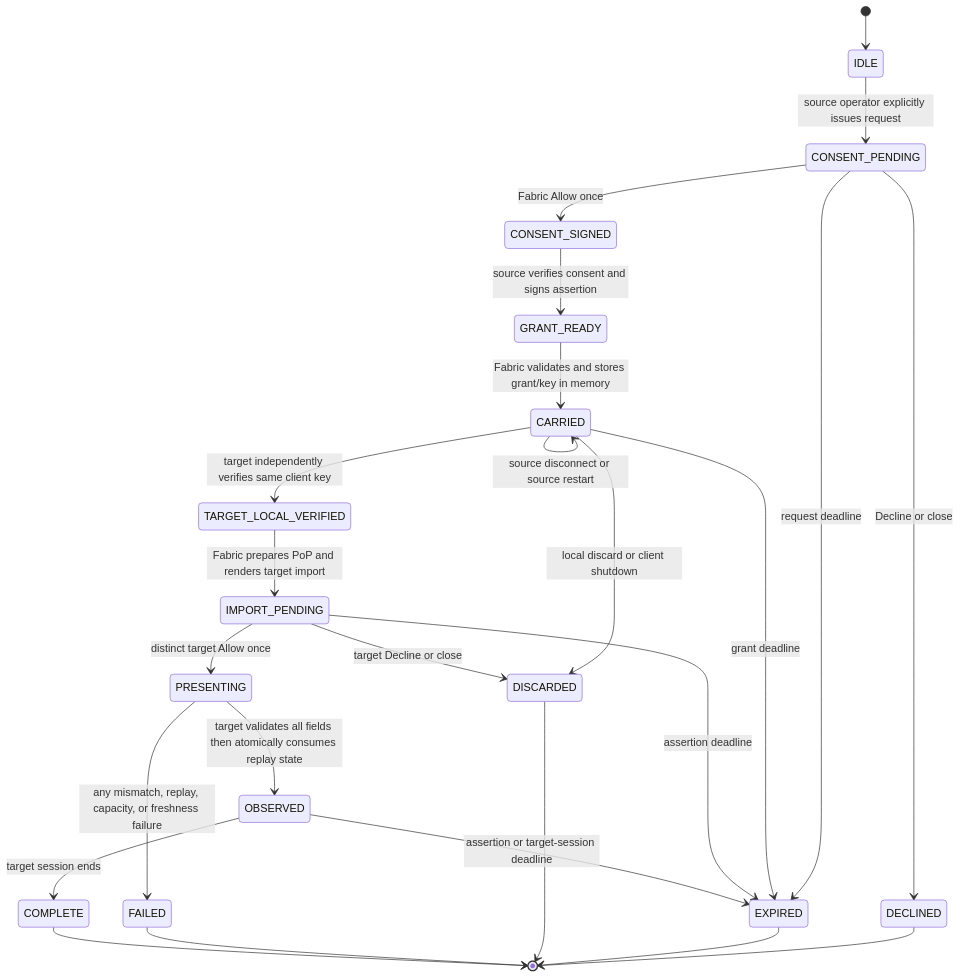
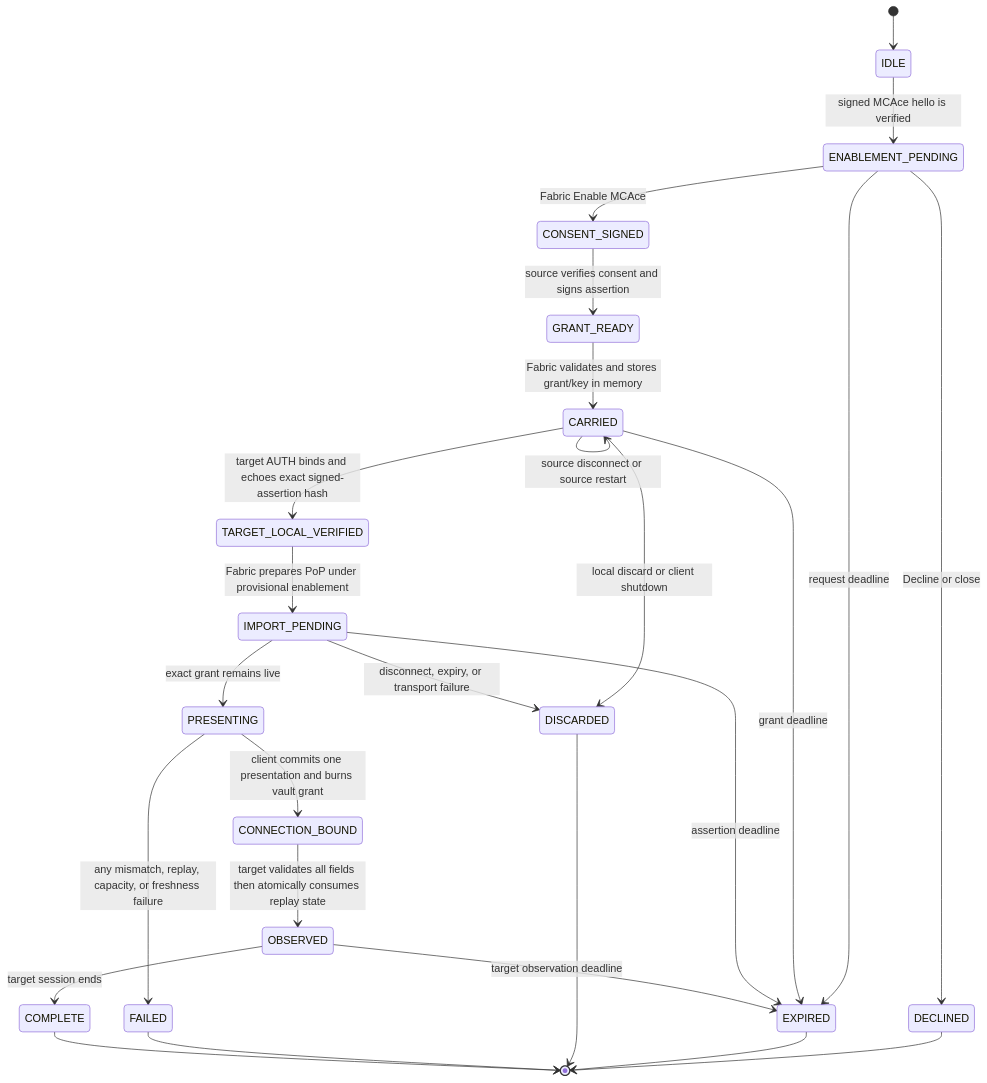
One commit to TypeThe0ry/MCAce changed the diagram in docs/FEDERATION.md. Above: the diagram before and after it, drawn with Mermaid. The commit also changed other lines of this file and 964 other files, not shown here.

````diff
--- a/docs/FEDERATION.md
+++ b/docs/FEDERATION.md
@@ -185,27 +254,28 @@
 ```mermaid
 stateDiagram-v2
     [*] --> IDLE
-    IDLE --> CONSENT_PENDING: source operator explicitly issues request
-    CONSENT_PENDING --> DECLINED: Decline or close
-    CONSENT_PENDING --> EXPIRED: request deadline
-    CONSENT_PENDING --> CONSENT_SIGNED: Fabric Allow once
+    IDLE --> ENABLEMENT_PENDING: signed MCAce hello is verified
+    ENABLEMENT_PENDING --> DECLINED: Decline or close
+    ENABLEMENT_PENDING --> EXPIRED: request deadline
+    ENABLEMENT_PENDING --> CONSENT_SIGNED: Fabric Enable MCAce
     CONSENT_SIGNED --> GRANT_READY: source verifies consent and signs assertion
     GRANT_READY --> CARRIED: Fabric validates and stores grant/key in memory
     CARRIED --> CARRIED: source disconnect or source restart
     CARRIED --> EXPIRED: grant deadline
     CARRIED --> DISCARDED: local discard or client shutdown
-    CARRIED --> TARGET_LOCAL_VERIFIED: target independently verifies same client key
-    TARGET_LOCAL_VERIFIED --> IMPORT_PENDING: Fabric prepares PoP and renders target import
-    IMPORT_PENDING --> PRESENTING: distinct target Allow once
-    IMPORT_PENDING --> DISCARDED: target Decline or close
+    CARRIED --> TARGET_LOCAL_VERIFIED: target AUTH binds and echoes exact signed-assertion hash
+    TARGET_LOCAL_VERIFIED --> IMPORT_PENDING: Fabric prepares PoP under provisional enablement
+    IMPORT_PENDING --> PRESENTING: exact grant remains live
+    IMPORT_PENDING --> DISCARDED: disconnect, expiry, or transport failure
     IMPORT_PENDING --> EXPIRED: assertion deadline
-    PRESENTING --> OBSERVED: target validates all fields then atomically consumes replay state
+    PRESENTING --> CONNECTION_BOUND: client commits one presentation and burns vault grant
+    CONNECTION_BOUND --> OBSERVED: target validates all fields then atomically consumes replay state
     PRESENTING --> FAILED: any mismatch, replay, capacity, or freshness failure
-    OBSERVED --> EXPIRED: assertion or target-session deadline
+    OBSERVED --> EXPIRED: target observation deadline
     OBSERVED --> COMPLETE: target session ends
     DECLINED --> [*]
     EXPIRED --> [*]
     DISCARDED --> [*]
     FAILED --> [*]
     COMPLETE --> [*]
 ```
````
